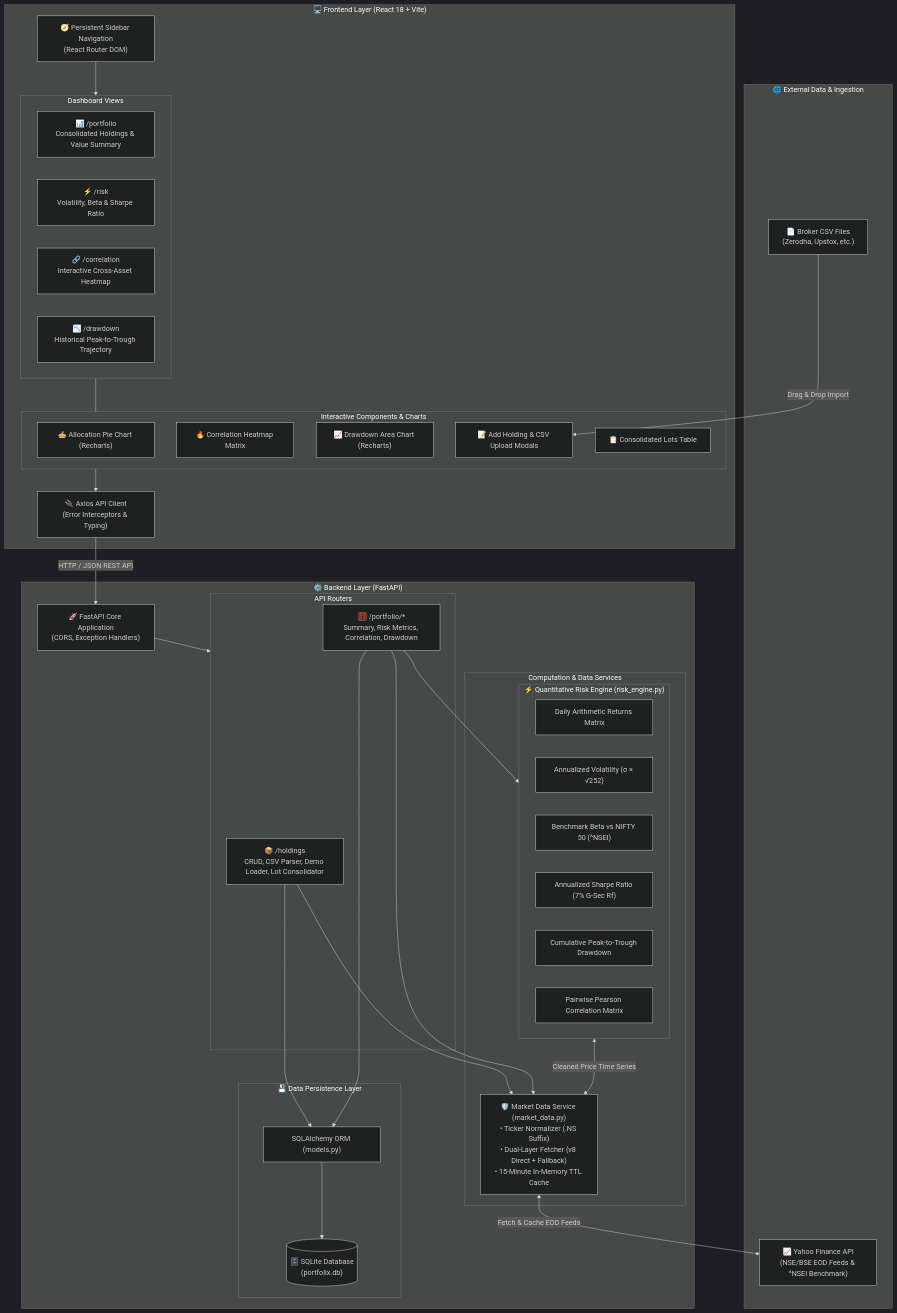
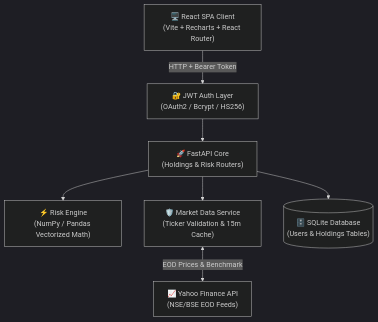
Before and after one commit to KamleshWattamwar/PortfoliX: the diagram in README.md, drawn with Mermaid (dark theme). The commit also changed other lines of this file, not shown here.

Commit message:
docs: Update the system architecture along with the updated features and functionality

````diff
--- a/README.md
+++ b/README.md
@@ -58,74 +71,17 @@
 ```mermaid
-flowchart TB
-    subgraph External[" 🌐 External Data & Ingestion "]
-        YF["📈 Yahoo Finance API<br/>(NSE/BSE EOD Feeds & ^NSEI Benchmark)"]
-        CSV["📄 Broker CSV Files<br/>(Zerodha, Upstox, etc.)"]
-    end
+graph TD
+    Client["🖥️ React SPA Client<br/>(Vite + Recharts + React Router)"]
+    Auth["🔐 JWT Auth Layer<br/>(OAuth2 / Bcrypt / HS256)"]
+    API["🚀 FastAPI Core<br/>(Holdings & Risk Routers)"]
+    Engine["⚡ Risk Engine<br/>(NumPy / Pandas Vectorized Math)"]
+    MktData["🛡️ Market Data Service<br/>(Ticker Validation & 15m Cache)"]
+    DB[("🗄️ SQLite Database<br/>(Users & Holdings Tables)")]
+    YF["📈 Yahoo Finance API<br/>(NSE/BSE EOD Feeds)"]
 
-    subgraph Frontend[" 🖥️ Frontend Layer (React 18 + Vite) "]
-        UI_Nav["🧭 Persistent Sidebar Navigation<br/>(React Router DOM)"]
-        
-        subgraph Views["Dashboard Views"]
-            V_Port["📊 /portfolio<br/>Consolidated Holdings & Value Summary"]
-            V_Risk["⚡ /risk<br/>Volatility, Beta & Sharpe Ratio"]
-            V_Corr["🔗 /correlation<br/>Interactive Cross-Asset Heatmap"]
-            V_DD["📉 /drawdown<br/>Historical Peak-to-Trough Trajectory"]
-        end
-
-        subgraph Components["Interactive Components & Charts"]
-            C_Pie["🥧 Allocation Pie Chart (Recharts)"]
-            C_Heat["🔥 Correlation Heatmap Matrix"]
-            C_DD["📈 Drawdown Area Chart (Recharts)"]
-            C_Modals["📝 Add Holding & CSV Upload Modals"]
-            C_Table["📋 Consolidated Lots Table"]
-        end
-
-        API_Client["🔌 Axios API Client<br/>(Error Interceptors & Typing)"]
-    end
-
-    subgraph Backend[" ⚙️ Backend Layer (FastAPI) "]
-        Main["🚀 FastAPI Core Application<br/>(CORS, Exception Handlers)"]
-        
-        subgraph Routers["API Routers"]
-            R_Holdings["📦 /holdings<br/>CRUD, CSV Parser, Demo Loader, Lot Consolidator"]
-            R_Risk["🧮 /portfolio/*<br/>Summary, Risk Metrics, Correlation, Drawdown"]
-        end
-
-        subgraph Services["Computation & Data Services"]
-            MktData["🛡️ Market Data Service (market_data.py)<br/>• Ticker Normalizer (.NS Suffix)<br/>• Dual-Layer Fetcher (v8 Direct + Fallback)<br/>• 15-Minute In-Memory TTL Cache"]
-            
-            subgraph RiskEngine["⚡ Quantitative Risk Engine (risk_engine.py)"]
-                Calc_Ret["Daily Arithmetic Returns Matrix"]
-                Calc_Vol["Annualized Volatility (σ × √252)"]
-                Calc_Beta["Benchmark Beta vs NIFTY 50 (^NSEI)"]
-                Calc_Sharpe["Annualized Sharpe Ratio (7% G-Sec Rf)"]
-                Calc_DD["Cumulative Peak-to-Trough Drawdown"]
-                Calc_Corr["Pairwise Pearson Correlation Matrix"]
-            end
-        end
-
-        subgraph Storage[" 💾 Data Persistence Layer "]
-            ORM["SQLAlchemy ORM (models.py)"]
-            DB[("🗄️ SQLite Database<br/>(portfolix.db)")]
-        end
-    end
-
-    %% Connections
-    CSV -->|Drag & Drop Import| C_Modals
-    UI_Nav --> Views
-    Views --- Components
-    Components --> API_Client
-
-    API_Client -->|HTTP / JSON REST API| Main
-    Main --> Routers
-    
-    R_Holdings --> ORM
-    R_Holdings --> MktData
-    R_Risk --> ORM
-    R_Risk --> MktData
-    R_Risk --> RiskEngine
-
-    ORM --> DB
-    MktData <-->|Fetch & Cache EOD Feeds| YF
-    RiskEngine <-->|Cleaned Price Time Series| MktData
+    Client -->|HTTP + Bearer Token| Auth
+    Auth --> API
+    API --> DB
+    API --> MktData
+    API --> Engine
+    MktData <-->|EOD Prices & Benchmark| YF
 ```
````
